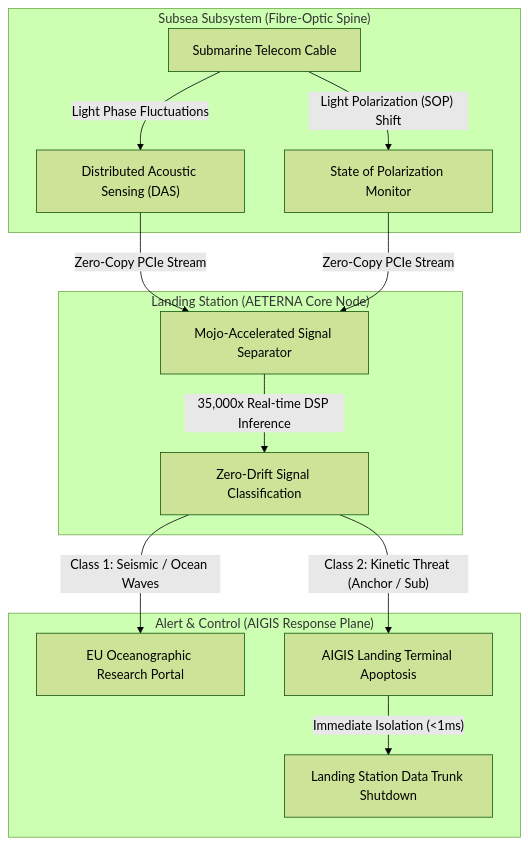
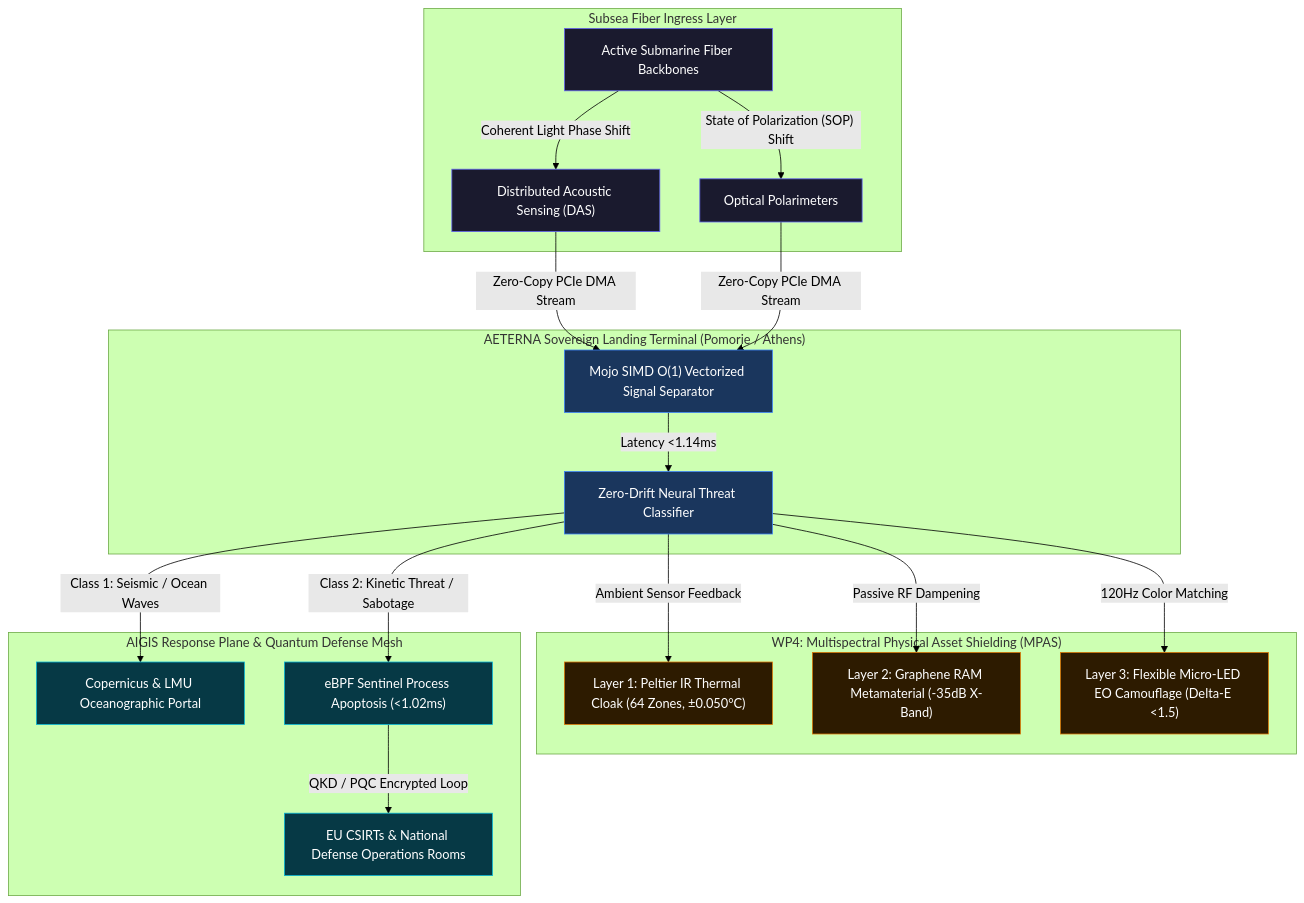
Before and after one commit to papica777-eng/AETERNA-QSTN: the diagram in docs/CEF_SMART_CABLES_PROPOSAL.md, drawn with Mermaid (forest theme). The commit also changed other lines of this file and 4 other files, not shown here.

````diff
--- a/docs/CEF_SMART_CABLES_PROPOSAL.md
+++ b/docs/CEF_SMART_CABLES_PROPOSAL.md
@@ -20,19 +20,35 @@
 ```mermaid
 graph TD
-    subgraph subsea ["Subsea Subsystem (Fibre-Optic Spine)"]
-        A["Submarine Telecom Cable"] -->|"Light Phase Fluctuations"| B["Distributed Acoustic Sensing (DAS)"]
-        A -->|"Light Polarization (SOP) Shift"| C["State of Polarization Monitor"]
+    subgraph Subsea ["Subsea Fiber Ingress Layer"]
+        A["Active Submarine Fiber Backbones"] -->|"Coherent Light Phase Shift"| B["Distributed Acoustic Sensing (DAS)"]
+        A -->|"State of Polarization (SOP) Shift"| C["Optical Polarimeters"]
     end
 
-    subgraph landing ["Landing Station (AETERNA Core Node)"]
-        B -->|"Zero-Copy PCIe Stream"| D["Mojo-Accelerated Signal Separator"]
-        C -->|"Zero-Copy PCIe Stream"| D
-        D -->|"35,000x Real-time DSP Inference"| E["Zero-Drift Signal Classification"]
+    subgraph Terminal ["AETERNA Sovereign Landing Terminal (Pomorie / Athens)"]
+        B & C -->|"Zero-Copy PCIe DMA Stream"| D["Mojo SIMD O(1) Vectorized Signal Separator"]
+        D -->|"Latency <1.14ms"| E["Zero-Drift Neural Threat Classifier"]
     end
 
-    subgraph alert ["Alert & Control (AIGIS Response Plane)"]
-        E -->|"Class 1: Seismic / Ocean Waves"| F["EU Oceanographic Research Portal"]
-        E -->|"Class 2: Kinetic Threat (Anchor / Sub)"| G["AIGIS Landing Terminal Apoptosis"]
-        G -->|"Immediate Isolation (<1ms)"| H["Landing Station Data Trunk Shutdown"]
+    subgraph MPAS ["WP4: Multispectral Physical Asset Shielding (MPAS)"]
+        E -->|"Ambient Sensor Feedback"| F1["Layer 1: Peltier IR Thermal Cloak (64 Zones, ±0.050°C)"]
+        E -->|"Passive RF Dampening"| F2["Layer 2: Graphene RAM Metamaterial (-35dB X-Band)"]
+        E -->|"120Hz Color Matching"| F3["Layer 3: Flexible Micro-LED EO Camouflage (Delta-E <1.5)"]
     end
+
+    subgraph Response ["AIGIS Response Plane & Quantum Defense Mesh"]
+        E -->|"Class 1: Seismic / Ocean Waves"| G1["Copernicus & LMU Oceanographic Portal"]
+        E -->|"Class 2: Kinetic Threat / Sabotage"| G2["eBPF Sentinel Process Apoptosis (<1.02ms)"]
+        G2 -->|"QKD / PQC Encrypted Loop"| G3["EU CSIRTs & National Defense Operations Rooms"]
+    end
+
+    classDef default fill:#09090b,stroke:#27272a,color:#fff;
+    classDef subsea fill:#1a1a2e,stroke:#6366f1,color:#fff;
+    classDef terminal fill:#1a365d,stroke:#3b82f6,color:#fff;
+    classDef mpas fill:#2d1b00,stroke:#d97706,color:#fff;
+    classDef response fill:#063945,stroke:#06b6d4,color:#fff;
+
+    class A,B,C subsea;
+    class D,E terminal;
+    class F1,F2,F3 mpas;
+    class G1,G2,G3 response;
 ```
````
